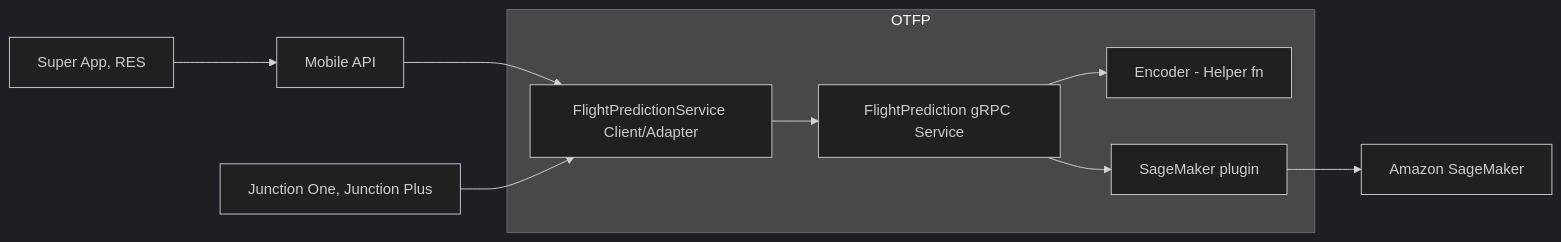
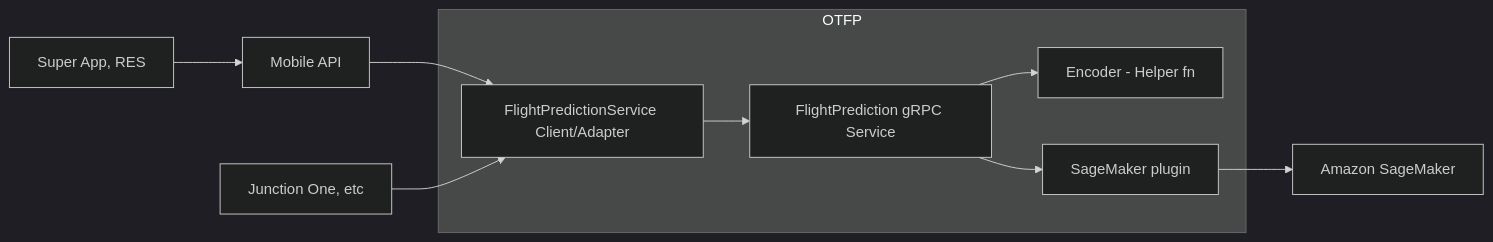
Diagram 12 of 13 in docs/engineering/docs/projects/junction/plus.md (marimargaryan86/performancetesting), drawn with Mermaid (dark theme) before and after one commit. The commit also changed other lines of this file, not shown here.

First line of the commit message:
docs(junction/plus): add co2 emission feature

````diff
--- a/docs/engineering/docs/projects/junction/plus.md
+++ b/docs/engineering/docs/projects/junction/plus.md
@@ -581,23 +581,23 @@
 ```mermaid
 flowchart LR
     AWS[Amazon SageMaker]
 
     subgraph OTFP[OTFP]
         FPSC[FlightPredictionService Client/Adapter]
         FPS[FlightPrediction gRPC Service]
         E[Encoder - Helper fn]
         SMP[SageMaker plugin]
     end
 
     MA[Mobile API]
-    J[Junction One, Junction Plus]
+    J[Junction One, etc]
     SA[Super App, RES]
 
     SA-->MA
     MA-->FPSC
     J-->FPSC
     FPSC-->FPS
     FPS-->E
     FPS-->SMP
     SMP-->AWS
 ```
````
